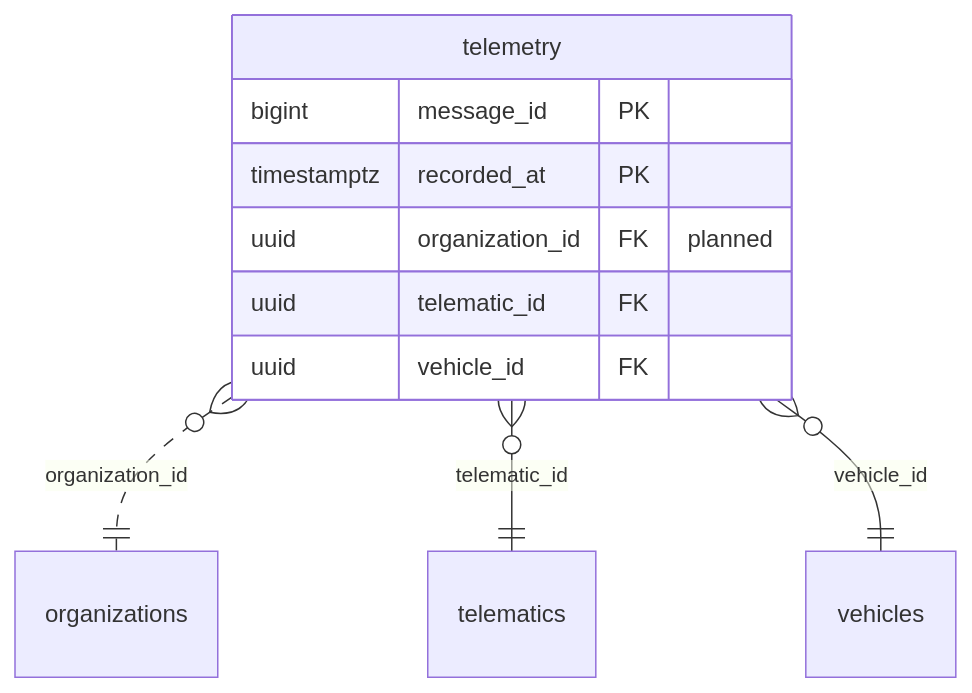
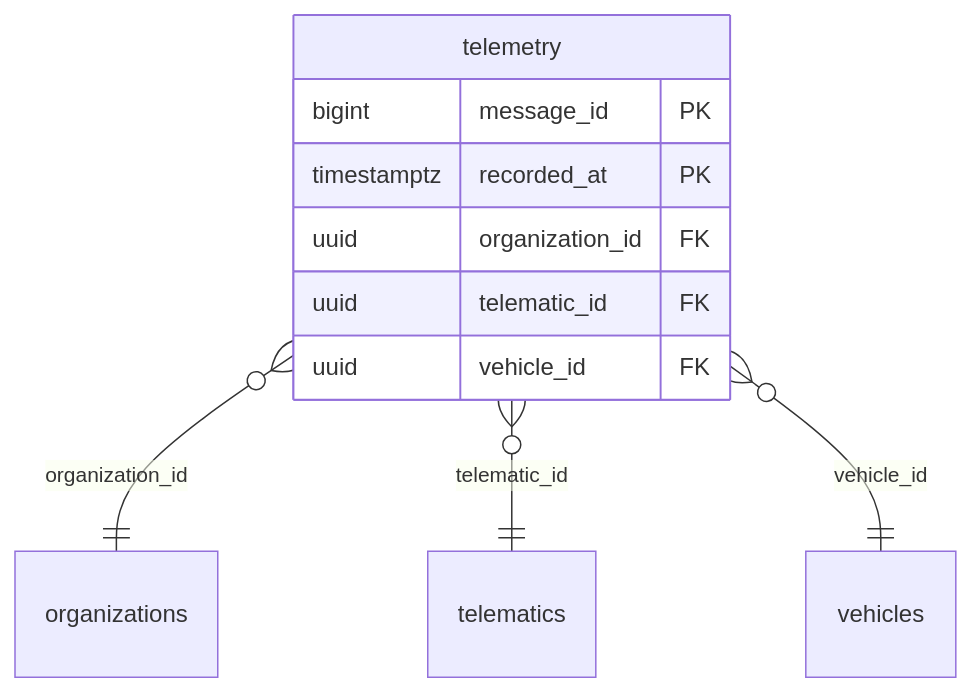
One commit to yolo-coccoc/G3Network-app changed the diagram in docs/design/domain-model/domains/telemetry.md. Above: the diagram before and after it, drawn with Mermaid. The commit also changed other lines of this file and 54 other files, not shown here.

````diff
--- a/docs/design/domain-model/domains/telemetry.md
+++ b/docs/design/domain-model/domains/telemetry.md
@@ -17,13 +17,13 @@
 ```mermaid
 erDiagram
   telemetry {
     bigint message_id PK
     timestamptz recorded_at PK
-    uuid organization_id FK "planned"
+    uuid organization_id FK
     uuid telematic_id FK
     uuid vehicle_id FK
   }
-  telemetry }o..|| organizations : "organization_id"
+  telemetry }o--|| organizations : "organization_id"
   telemetry }o--|| telematics : "telematic_id"
   telemetry }o--|| vehicles : "vehicle_id"
 ```
````
